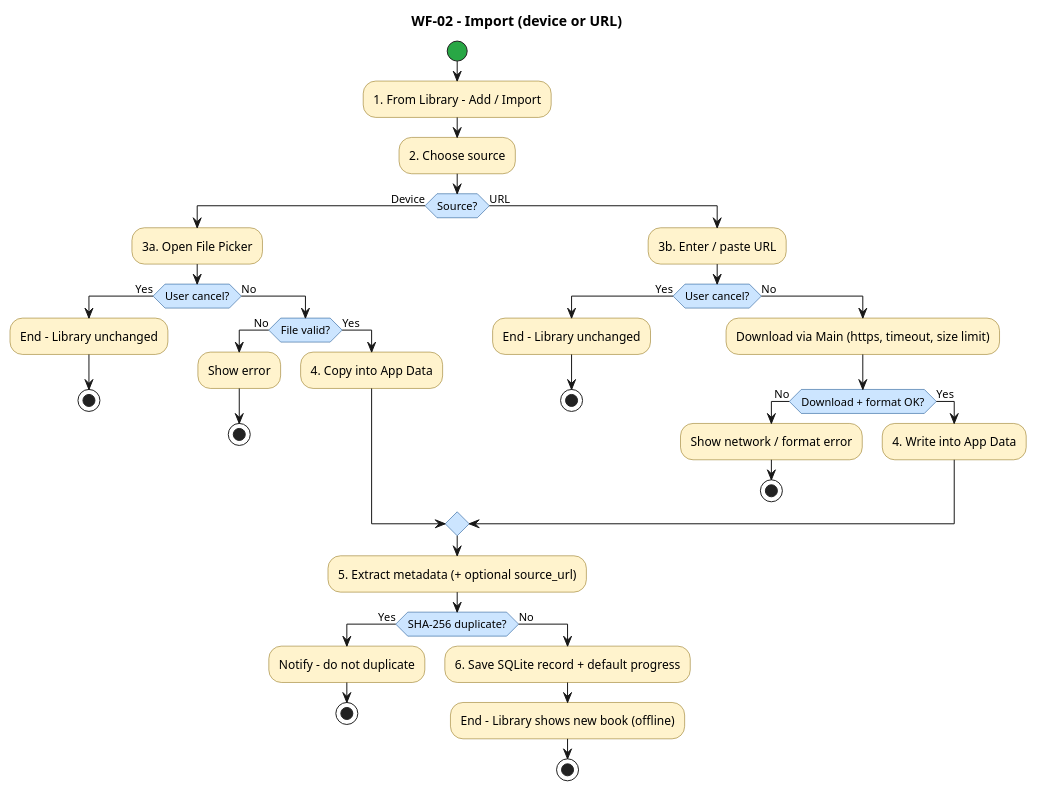
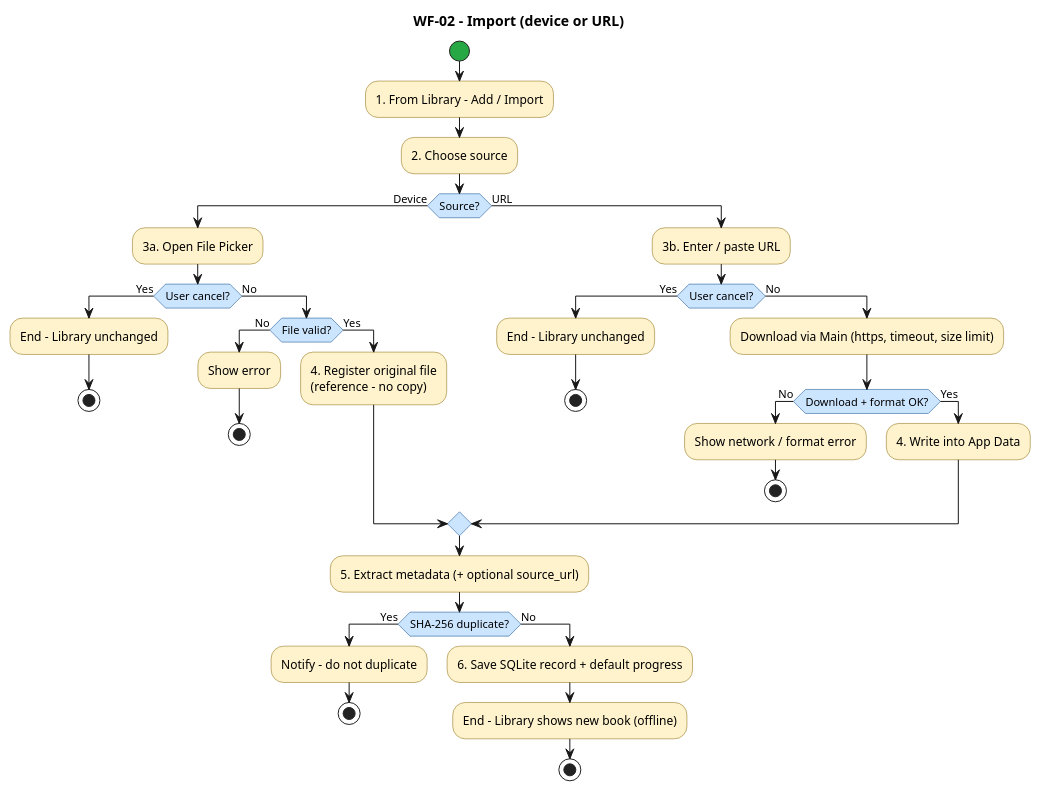
Before and after one commit to LeThaiAn15112004/reading-book-app: the diagram in docs/diagram/wf-02-import/wf-02.puml, drawn with PlantUML. The commit also changed 83 other files, not shown here.

First line of the commit message:
Import theo file: local tham chiếu file gốc, URL/cloud lưu bản copy app-owned

```diff
--- a/docs/diagram/wf-02-import/wf-02.puml
+++ b/docs/diagram/wf-02-import/wf-02.puml
@@ -1,56 +1,57 @@
 @startuml wf-02
 title WF-02 - Import (device or URL)
 skinparam shadowing false
 skinparam backgroundColor #FFFFFF
 skinparam defaultFontName Arial
 skinparam ActivityBorderColor #856404
 skinparam ActivityBackgroundColor #FFF3CD
 skinparam ActivityDiamondBackgroundColor #CCE5FF
 skinparam ActivityDiamondBorderColor #004085
 skinparam ActivityStartColor #28A745
 skinparam ActivityEndColor #004085
 
 start
 :1. From Library - Add / Import;
 :2. Choose source;
 
 if (Source?) then (Device)
   :3a. Open File Picker;
   if (User cancel?) then (Yes)
     :End - Library unchanged;
     stop
   else (No)
     if (File valid?) then (No)
       :Show error;
       stop
     else (Yes)
-      :4. Copy into App Data;
+      :4. Register original file
+(reference - no copy);
     endif
   endif
 else (URL)
   :3b. Enter / paste URL;
   if (User cancel?) then (Yes)
     :End - Library unchanged;
     stop
   else (No)
     :Download via Main (https, timeout, size limit);
     if (Download + format OK?) then (No)
       :Show network / format error;
       stop
     else (Yes)
       :4. Write into App Data;
     endif
   endif
 endif
 
 :5. Extract metadata (+ optional source_url);
 if (SHA-256 duplicate?) then (Yes)
   :Notify - do not duplicate;
   stop
 else (No)
   :6. Save SQLite record + default progress;
   :End - Library shows new book (offline);
   stop
 endif
 
 @enduml
```
